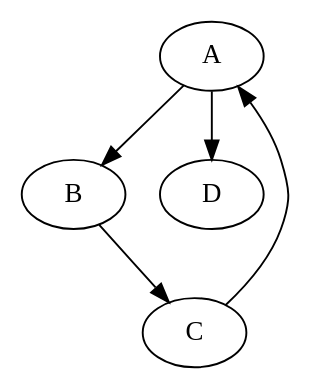
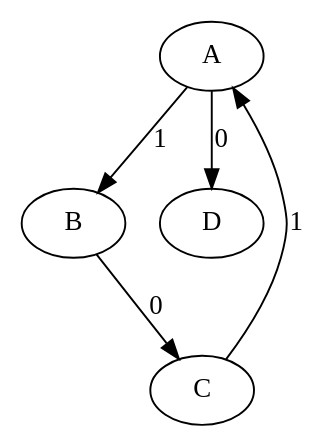
The diagram in demo.dot (omarelhorre/automate), drawn with Graphviz before and after one commit. The commit also changed 2 other files, not shown here.

```diff
--- a/demo.dot
+++ b/demo.dot
@@ -1,6 +1,6 @@
 digraph G {
-    A -> B;
-    B -> C;
-    C -> A;
-    A -> D;
+    A -> B [label="1"];
+    B -> C [label="0"];
+    C -> A [label="1"];
+    A -> D [label="0"];
 }
```
